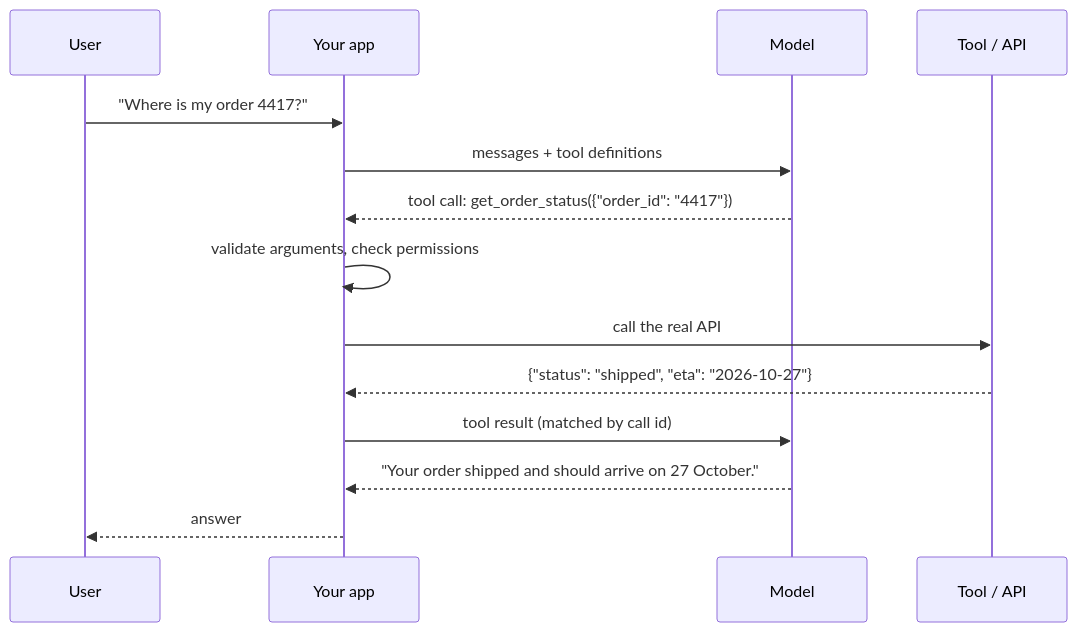
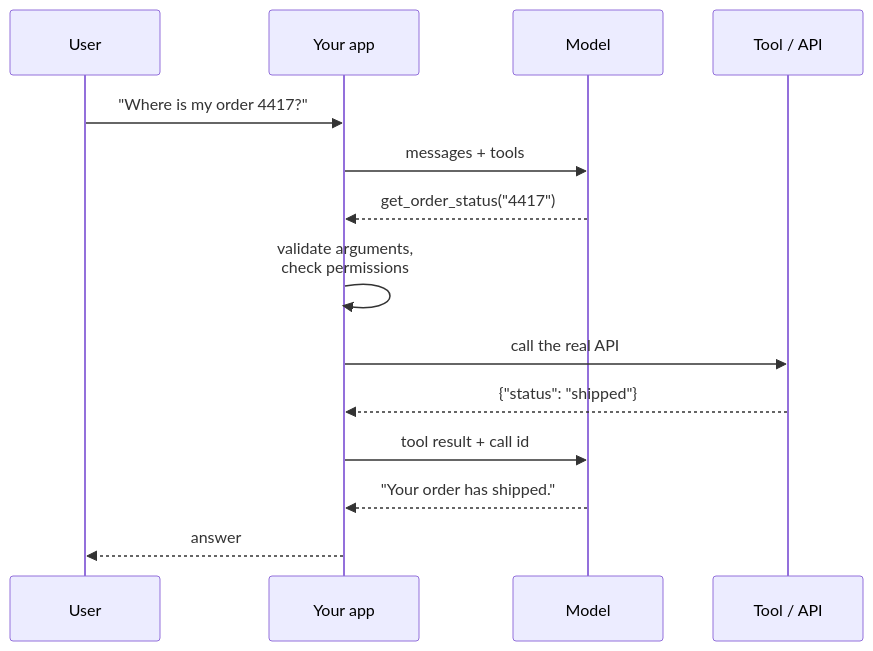
Before and after one commit to rajan-021/AI-ML: the diagram in docs/ai-engineering/tool-calling.md, drawn with Mermaid. The commit also changed 20 other files, not shown here.

First line of the commit message:
Make diagrams readable at the content width

````diff
--- a/docs/ai-engineering/tool-calling.md
+++ b/docs/ai-engineering/tool-calling.md
@@ -27,16 +27,16 @@
 ```mermaid
 sequenceDiagram
     participant U as User
     participant A as Your app
     participant M as Model
     participant T as Tool / API
     U->>A: "Where is my order 4417?"
-    A->>M: messages + tool definitions
-    M-->>A: tool call: get_order_status({"order_id": "4417"})
-    A->>A: validate arguments, check permissions
+    A->>M: messages + tools
+    M-->>A: get_order_status("4417")
+    A->>A: validate arguments,<br/>check permissions
     A->>T: call the real API
-    T-->>A: {"status": "shipped", "eta": "2026-10-27"}
-    A->>M: tool result (matched by call id)
-    M-->>A: "Your order shipped and should arrive on 27 October."
+    T-->>A: {"status": "shipped"}
+    A->>M: tool result + call id
+    M-->>A: "Your order has shipped."
     A-->>U: answer
 ```
````
